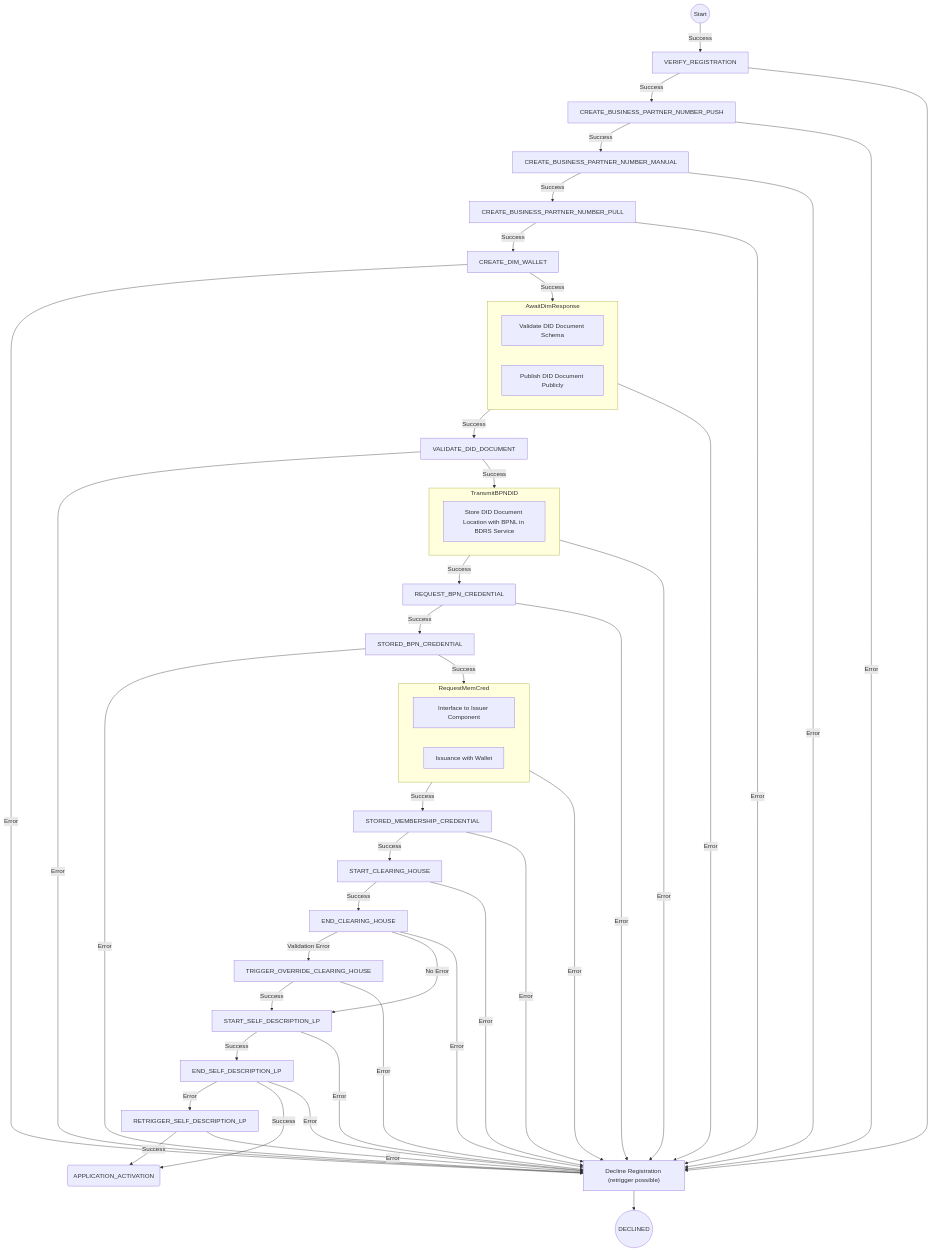
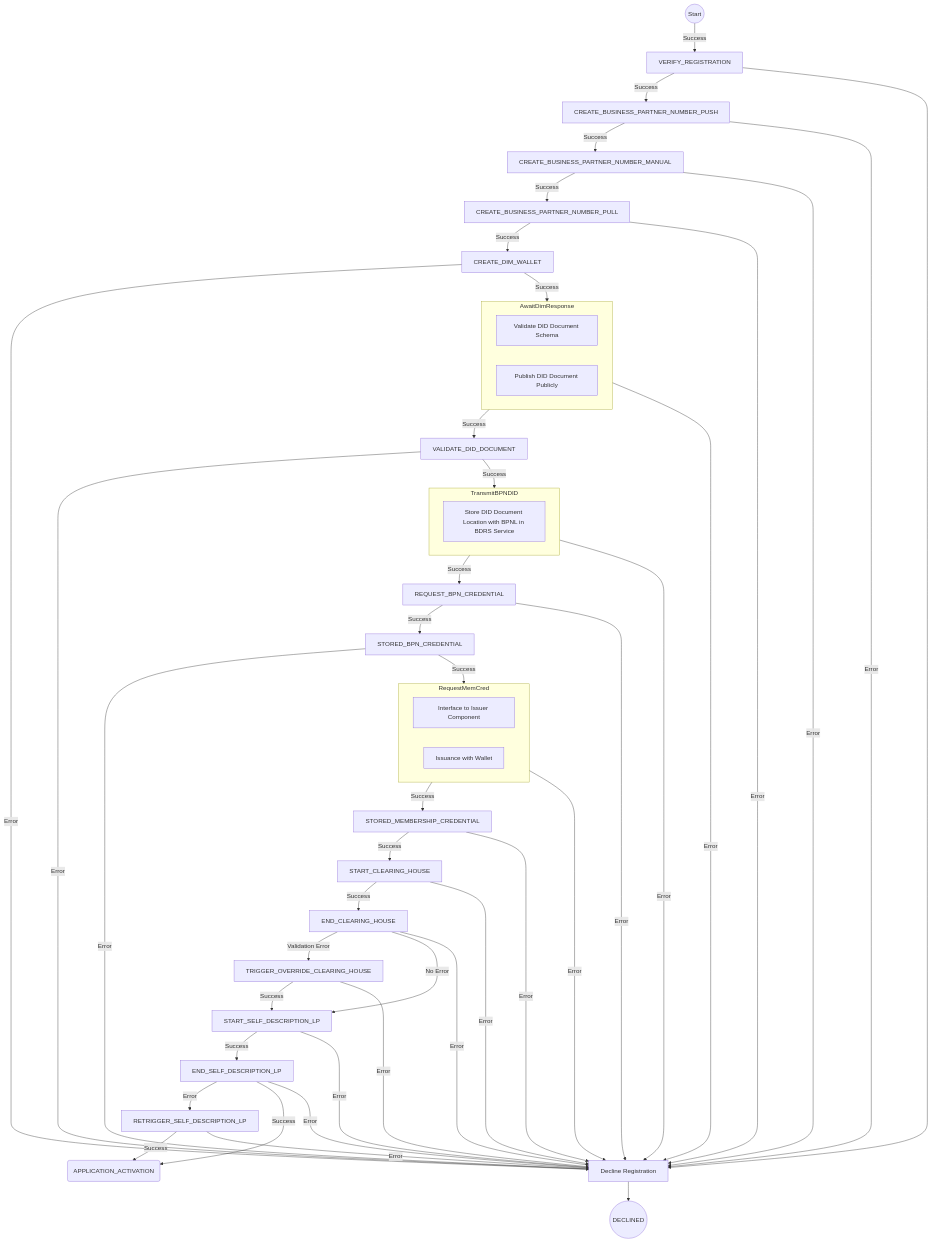
The diagram in docs/developer/01. Registration/01. Registration Process/01. Registration Flow Activity Diagram.md (eclipse-tractusx/portal-assets), drawn with Mermaid before and after one commit.

Commit message:
docs: removed (retrigger possible)

```diff
--- a/docs/developer/01. Registration/01. Registration Process/01. Registration Flow Activity Diagram.md
+++ b/docs/developer/01. Registration/01. Registration Process/01. Registration Flow Activity Diagram.md
@@ -70,7 +70,7 @@
 
     RetriggerSelfDescLP -->|Success| Finish
 
-    VerifyReg --> DeclineReg["Decline Registration (retrigger possible)"]:::declineProcess --> Declined((DECLINED))
+    VerifyReg --> DeclineReg["Decline Registration"]:::declineProcess --> Declined((DECLINED))
 
     CreateBPNNPush -->|Error| DeclineReg
     CreateBPNNManual -->|Error| DeclineReg
```
